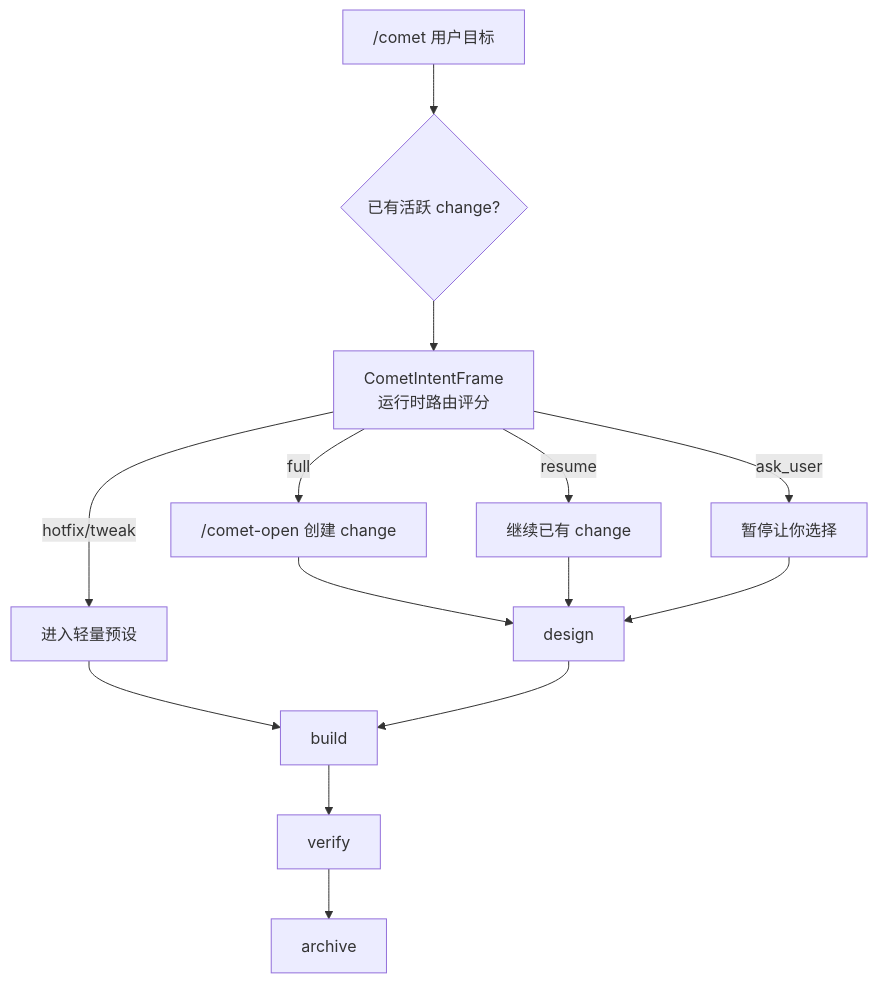
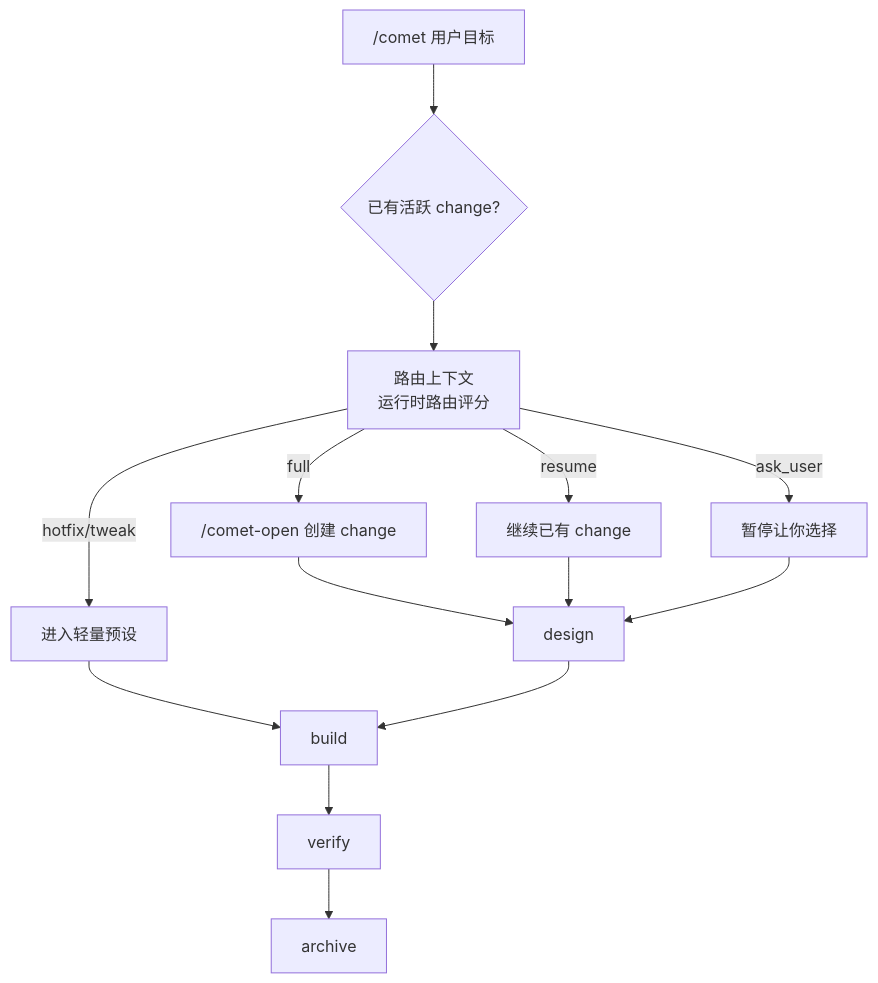
One commit to rpamis/comet-website-docs changed the diagram in zh/quickstart.mdx. Above: the diagram before and after it, drawn with Mermaid. The commit also changed other lines of this file and 7 other files, not shown here.

Commit message:
docs: rename intent frame terminology

````diff
--- a/zh/quickstart.mdx
+++ b/zh/quickstart.mdx
@@ -57,16 +57,16 @@
 ```mermaid
 flowchart TD
   A["/comet 用户目标"] --> B{"已有活跃 change?"}
-  B --> R["CometIntentFrame<br/>运行时路由评分"]
+  B --> R["路由上下文<br/>运行时路由评分"]
   R -->|full| C["/comet-open 创建 change"]
   R -->|hotfix/tweak| P["进入轻量预设"]
   R -->|resume| D["继续已有 change"]
   R -->|ask_user| E["暂停让你选择"]
   C --> F["design"]
   D --> F
   E --> F
   P --> G
   F --> G["build"]
   G --> H["verify"]
   H --> I["archive"]
 ```
````
